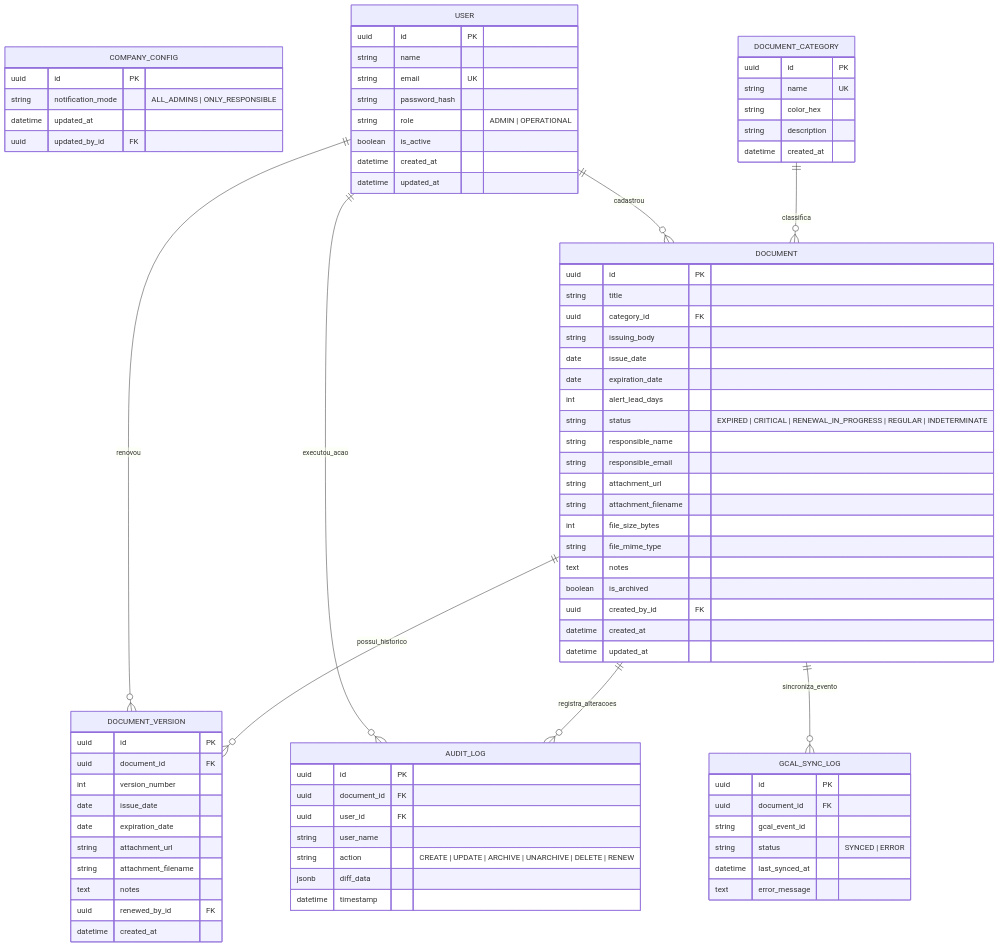
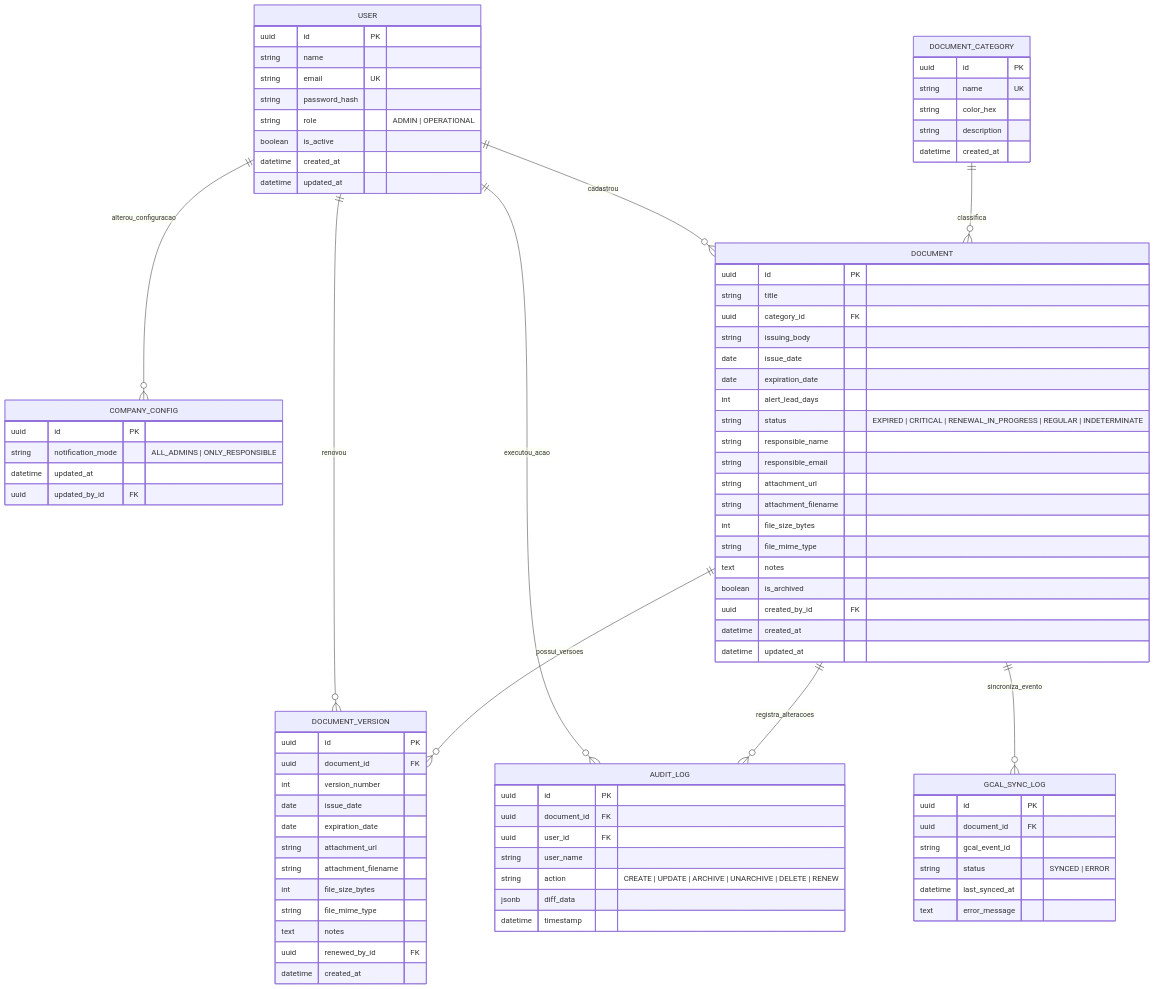
Before and after one commit to anmarfp/ObDocs: the second of 4 diagrams in docs/ARCHITECTURE.md, drawn with Mermaid. The commit also changed other lines of this file and 1 other file, not shown here.

Commit message:
docs: atualizar PRD e ARCHITECTURE para refletir a conclusao da Fase 4 e a entrega do sistema

````diff
--- a/docs/ARCHITECTURE.md
+++ b/docs/ARCHITECTURE.md
@@ -126,6 +122,8 @@
         date expiration_date
         string attachment_url
         string attachment_filename
+        int file_size_bytes
+        string file_mime_type
         text notes
         uuid renewed_by_id FK
         datetime created_at
@@ -153,8 +151,9 @@
     USER ||--o{ DOCUMENT : "cadastrou"
     USER ||--o{ DOCUMENT_VERSION : "renovou"
     USER ||--o{ AUDIT_LOG : "executou_acao"
+    USER ||--o{ COMPANY_CONFIG : "alterou_configuracao"
     DOCUMENT_CATEGORY ||--o{ DOCUMENT : "classifica"
-    DOCUMENT ||--o{ DOCUMENT_VERSION : "possui_historico"
+    DOCUMENT ||--o{ DOCUMENT_VERSION : "possui_versoes"
     DOCUMENT ||--o{ AUDIT_LOG : "registra_alteracoes"
     DOCUMENT ||--o{ GCAL_SYNC_LOG : "sincroniza_evento"
 ```
````
